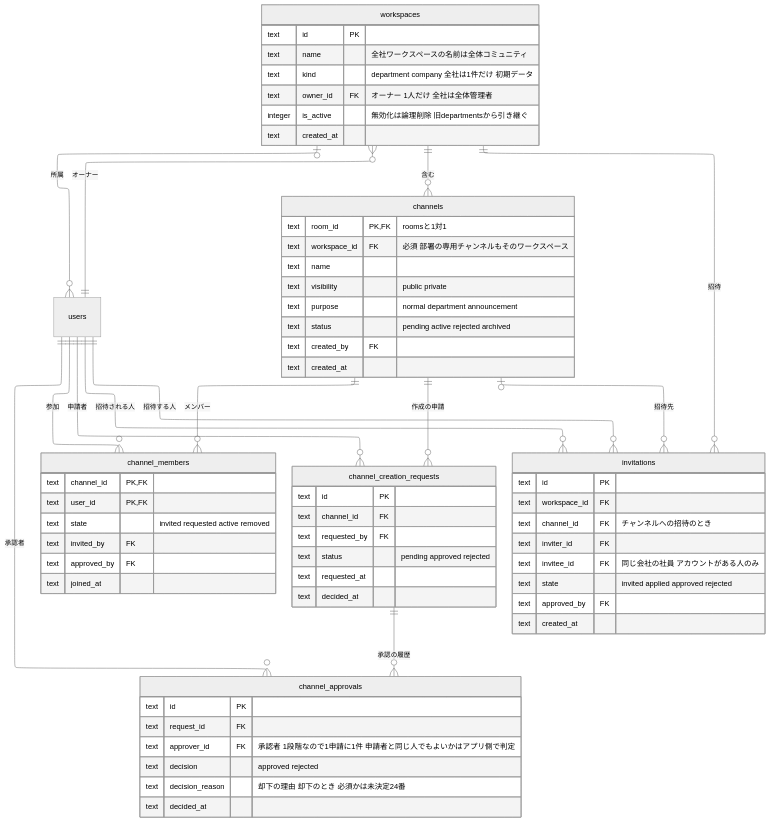
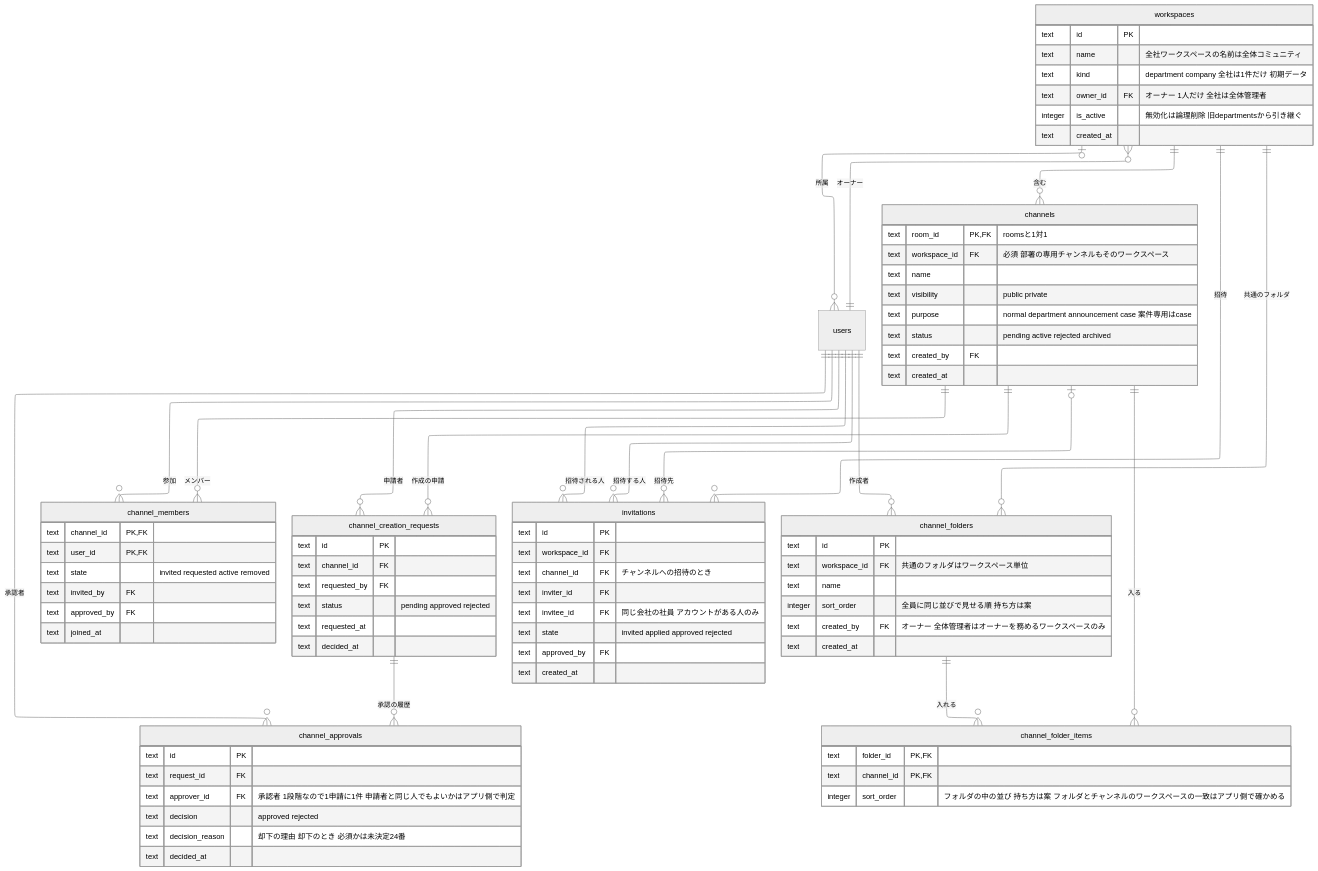
One commit to yamamotonaoki3/internal-system changed the sixth of 8 diagrams in docs/requirements/data-model.md. Above: the diagram before and after it, drawn with Mermaid (neutral theme). The commit also changed other lines of this file and 9 other files, not shown here.

````diff
--- a/docs/requirements/data-model.md
+++ b/docs/requirements/data-model.md
@@ -213,6 +227,10 @@
     channels |o--o{ invitations : "招待先"
     users ||--o{ invitations : "招待する人"
     users ||--o{ invitations : "招待される人"
+    workspaces ||--o{ channel_folders : "共通のフォルダ"
+    users ||--o{ channel_folders : "作成者"
+    channel_folders ||--o{ channel_folder_items : "入れる"
+    channels ||--o{ channel_folder_items : "入る"
 
     workspaces {
         text id PK
@@ -227,7 +245,7 @@
         text workspace_id FK "必須 部署の専用チャンネルもそのワークスペース"
         text name
         text visibility "public private"
-        text purpose "normal department announcement"
+        text purpose "normal department announcement case 案件専用はcase"
         text status "pending active rejected archived"
         text created_by FK
         text created_at
@@ -266,4 +284,17 @@
         text approved_by FK
         text created_at
     }
+    channel_folders {
+        text id PK
+        text workspace_id FK "共通のフォルダはワークスペース単位"
+        text name
+        integer sort_order "全員に同じ並びで見せる順 持ち方は案"
+        text created_by FK "オーナー 全体管理者はオーナーを務めるワークスペースのみ"
+        text created_at
+    }
+    channel_folder_items {
+        text folder_id PK, FK
+        text channel_id PK, FK
+        integer sort_order "フォルダの中の並び 持ち方は案 フォルダとチャンネルのワークスペースの一致はアプリ側で確かめる"
+    }
 ```
````
